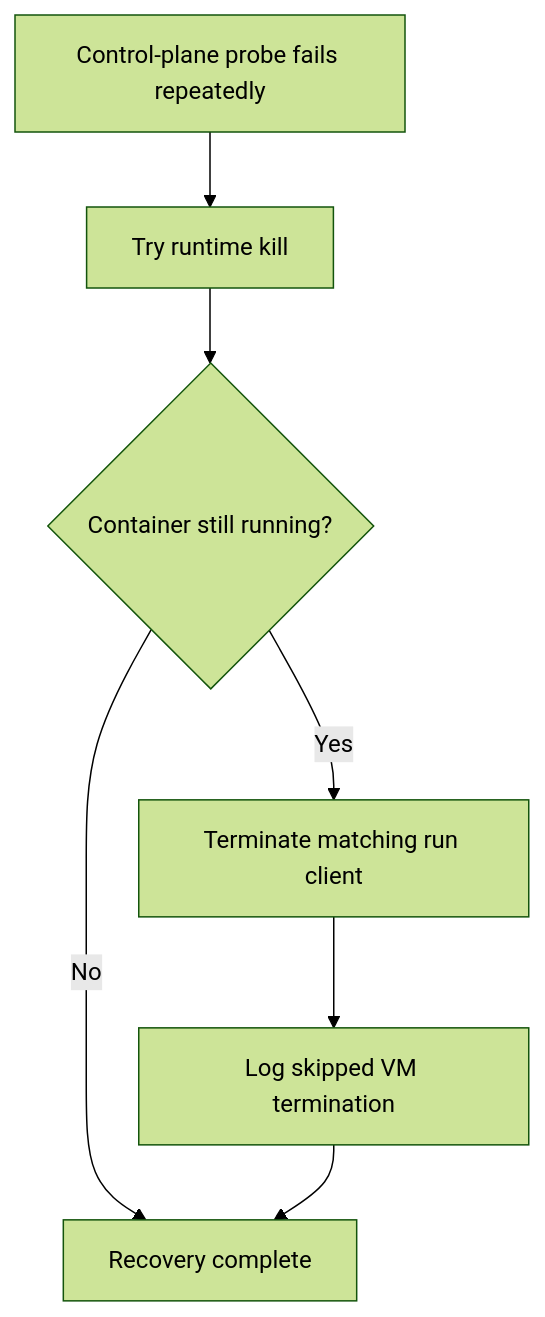
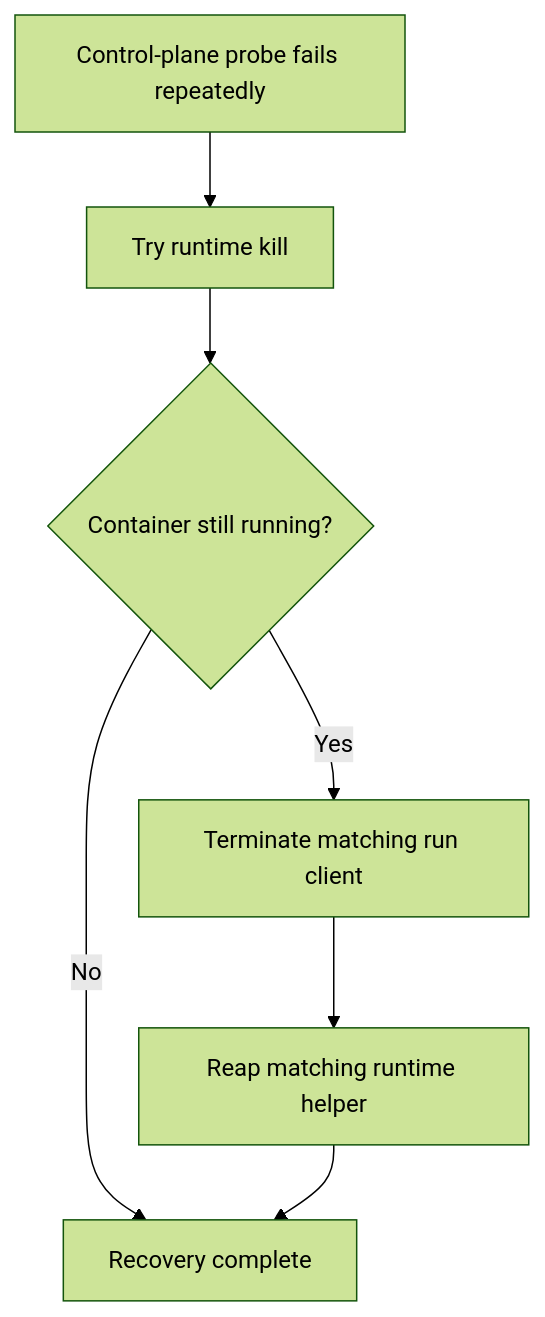
The third of 7 diagrams in docs/workflows/resilience-and-concurrency.md (stSoftwareAU/VibeCoder), drawn with Mermaid (forest theme) before and after one commit. The commit also changed other lines of this file and 3 other files, not shown here.

````diff
--- a/docs/workflows/resilience-and-concurrency.md
+++ b/docs/workflows/resilience-and-concurrency.md
@@ -169,9 +169,9 @@
 ```mermaid
 flowchart TD
   Probe["Control-plane probe fails repeatedly"] --> RuntimeKill["Try runtime kill"]
   RuntimeKill --> StillRunning{"Container still running?"}
   StillRunning -->|No| Done["Recovery complete"]
   StillRunning -->|Yes| Client["Terminate matching run client"]
-  Client --> Skip["Log skipped VM termination"]
-  Skip --> Done
+  Client --> Reaper["Reap matching runtime helper"]
+  Reaper --> Done
 ```
````
